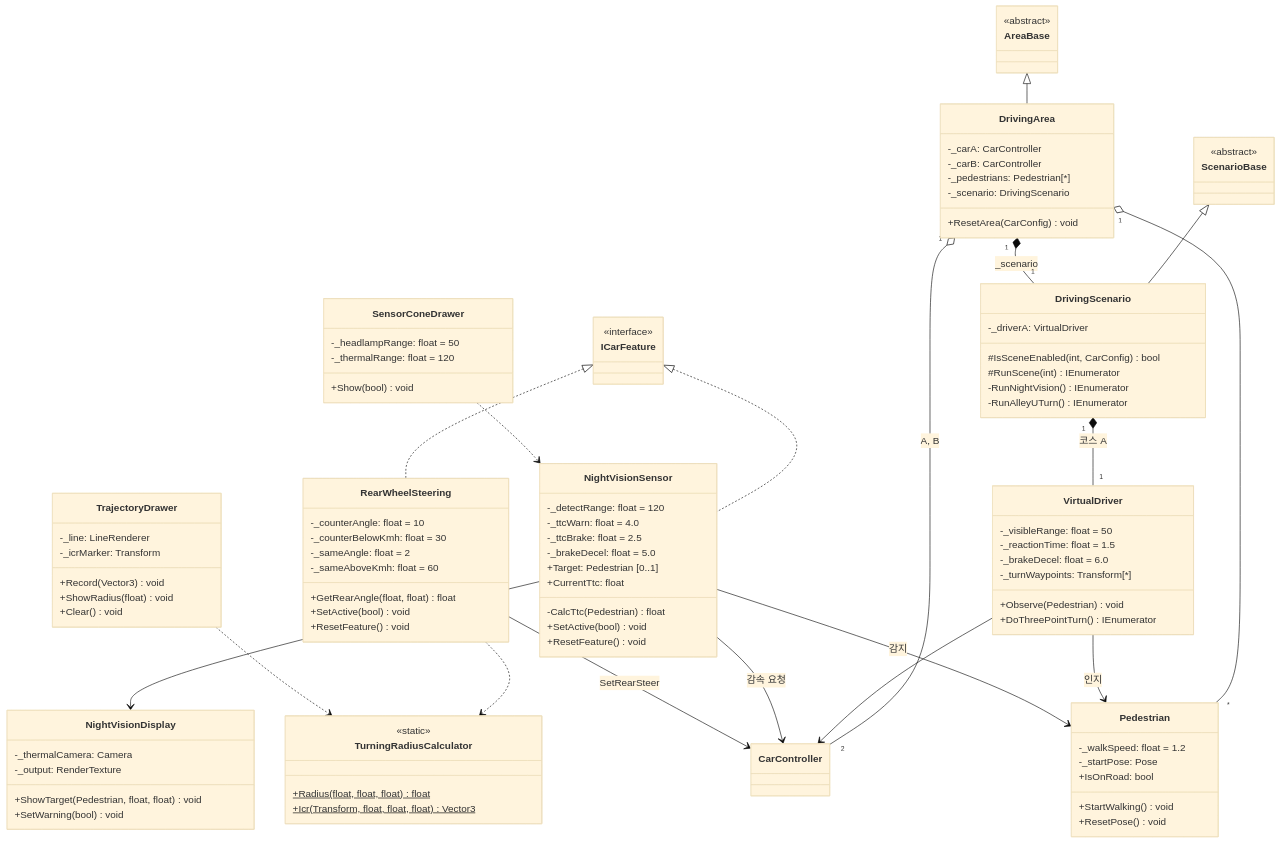
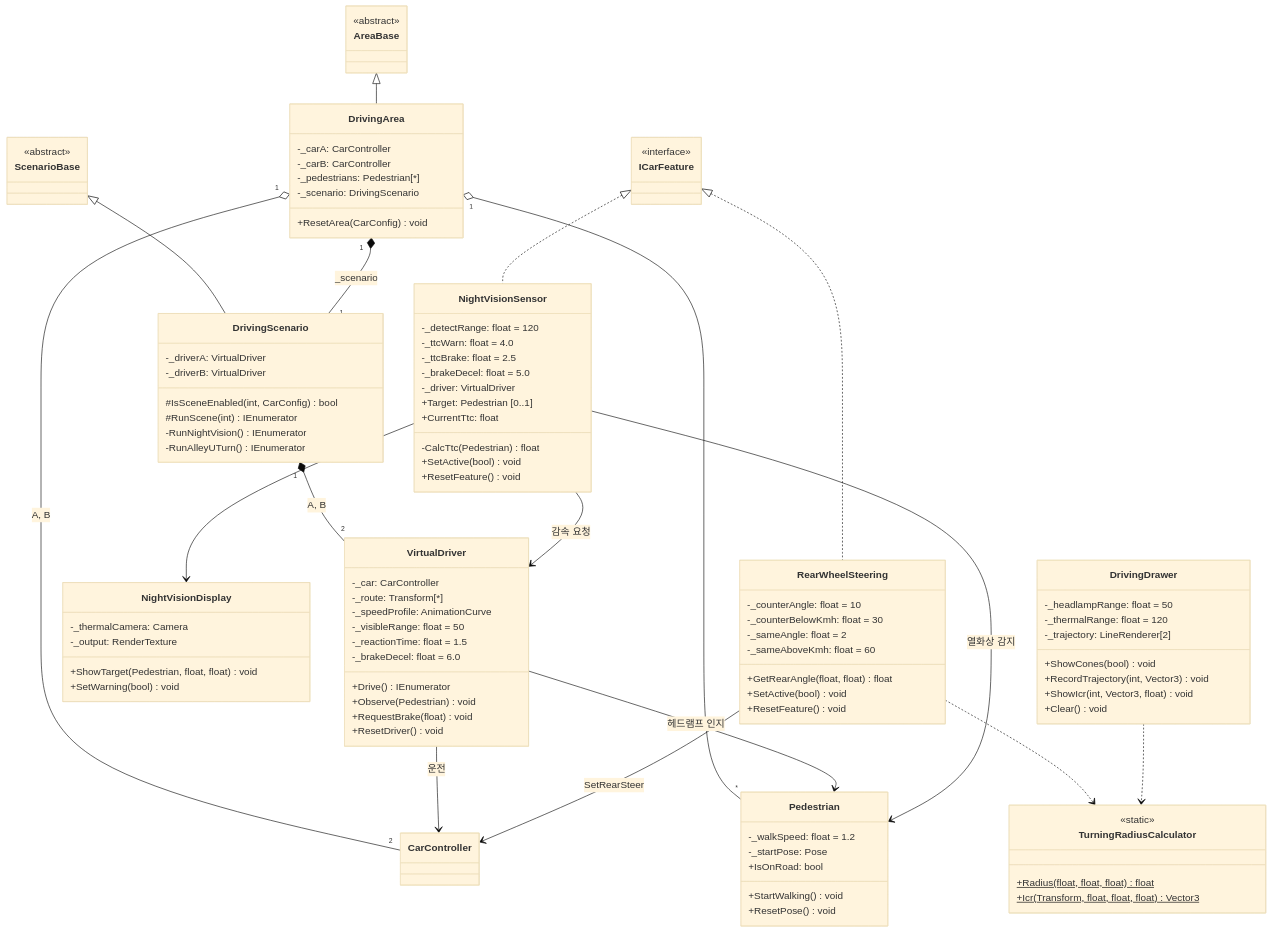
One commit to cuhote/YEYU_CarConfigurator_UnityProject changed the third of 4 diagrams in docs/CLASS_DESIGN.md. Above: the diagram before and after it, drawn with Mermaid (base theme). The commit also changed other lines of this file and 2 other files, not shown here.

````diff
--- a/docs/CLASS_DESIGN.md
+++ b/docs/CLASS_DESIGN.md
@@ -276,18 +270,23 @@
   }
   class DrivingScenario {
     -_driverA: VirtualDriver
+    -_driverB: VirtualDriver
     #IsSceneEnabled(int, CarConfig) bool
     #RunScene(int) IEnumerator
     -RunNightVision() IEnumerator
     -RunAlleyUTurn() IEnumerator
   }
   class VirtualDriver {
+    -_car: CarController
+    -_route: Transform[*]
+    -_speedProfile: AnimationCurve
     -_visibleRange: float = 50
     -_reactionTime: float = 1.5
     -_brakeDecel: float = 6.0
-    -_turnWaypoints: Transform[*]
+    +Drive() IEnumerator
     +Observe(Pedestrian) void
-    +DoThreePointTurn() IEnumerator
+    +RequestBrake(float) void
+    +ResetDriver() void
   }
   class Pedestrian {
     -_walkSpeed: float = 1.2
@@ -301,6 +300,7 @@
     -_ttcWarn: float = 4.0
     -_ttcBrake: float = 2.5
     -_brakeDecel: float = 5.0
+    -_driver: VirtualDriver
     +Target: Pedestrian [0..1]
     +CurrentTtc: float
     -CalcTtc(Pedestrian) float
@@ -327,16 +327,13 @@
     +Radius(float, float, float) float$
     +Icr(Transform, float, float, float) Vector3$
   }
-  class SensorConeDrawer {
+  class DrivingDrawer {
     -_headlampRange: float = 50
     -_thermalRange: float = 120
-    +Show(bool) void
-  }
-  class TrajectoryDrawer {
-    -_line: LineRenderer
-    -_icrMarker: Transform
-    +Record(Vector3) void
-    +ShowRadius(float) void
+    -_trajectory: LineRenderer[2]
+    +ShowCones(bool) void
+    +RecordTrajectory(int, Vector3) void
+    +ShowIcr(int, Vector3, float) void
     +Clear() void
   }
   AreaBase <|-- DrivingArea
@@ -346,14 +343,13 @@
   DrivingArea "1" *-- "1" DrivingScenario : _scenario
   DrivingArea "1" o-- "*" Pedestrian
   DrivingArea "1" o-- "2" CarController : A, B
-  DrivingScenario "1" *-- "1" VirtualDriver : 코스 A
-  VirtualDriver --> CarController
-  VirtualDriver --> Pedestrian : 인지
-  NightVisionSensor --> Pedestrian : 감지
-  NightVisionSensor --> CarController : 감속 요청
+  DrivingScenario "1" *-- "2" VirtualDriver : A, B
+  VirtualDriver --> CarController : 운전
+  VirtualDriver --> Pedestrian : 헤드램프 인지
+  NightVisionSensor --> Pedestrian : 열화상 감지
+  NightVisionSensor --> VirtualDriver : 감속 요청
   NightVisionSensor --> NightVisionDisplay
   RearWheelSteering --> CarController : SetRearSteer
   RearWheelSteering ..> TurningRadiusCalculator
-  TrajectoryDrawer ..> TurningRadiusCalculator
-  SensorConeDrawer ..> NightVisionSensor
+  DrivingDrawer ..> TurningRadiusCalculator
 ```
````
